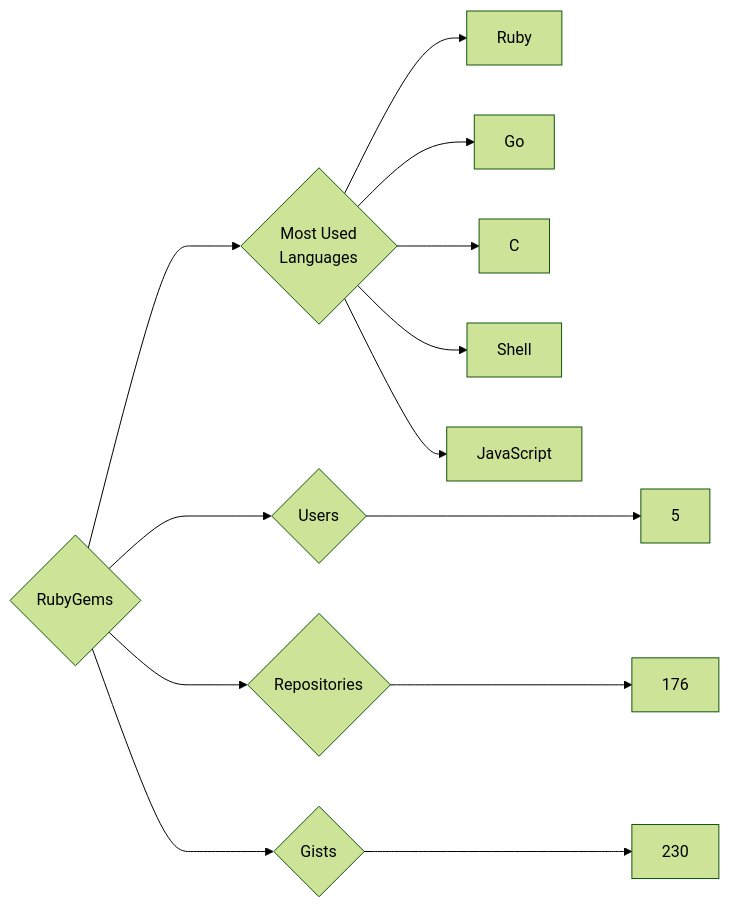
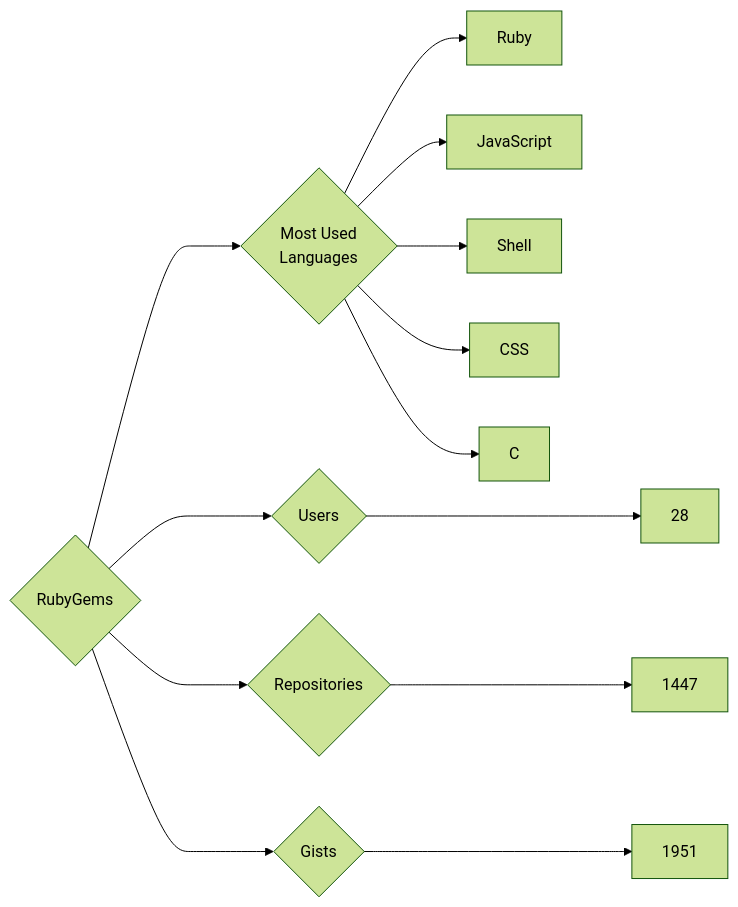
The diagram in targets/RubyGems/README.md (trickest/insiders), drawn with Mermaid (forest theme) before and after one commit. The commit also changed 886 other files, not shown here.

````diff
--- a/targets/RubyGems/README.md
+++ b/targets/RubyGems/README.md
@@ -3,13 +3,13 @@
 ```mermaid
 graph LR
 COMPANY_NAME{RubyGems}
-COMPANY_NAME ---> U{Users} ---> UN[5]
-COMPANY_NAME ---> R{Repositories} ---> RN[176]
-COMPANY_NAME ---> G{Gists} ---> GN[230]
+COMPANY_NAME ---> U{Users} ---> UN[28]
+COMPANY_NAME ---> R{Repositories} ---> RN[1447]
+COMPANY_NAME ---> G{Gists} ---> GN[1951]
 COMPANY_NAME ---> ML{Most Used<br>Languages}
 ML --> Ruby[Ruby]
-ML --> Go[Go]
+ML --> JavaScript[JavaScript]
+ML --> Shell[Shell]
+ML --> CSS[CSS]
 ML --> C[C]
-ML --> Shell[Shell]
-ML --> JavaScript[JavaScript]
 ```
````
